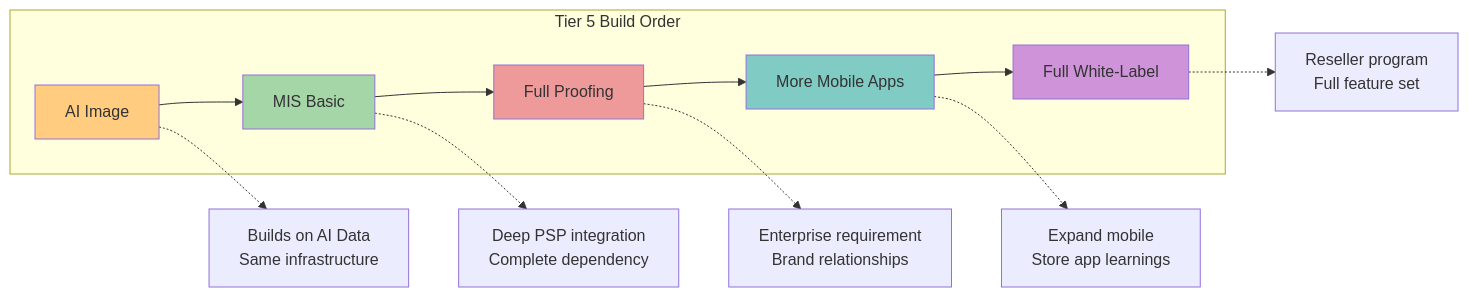
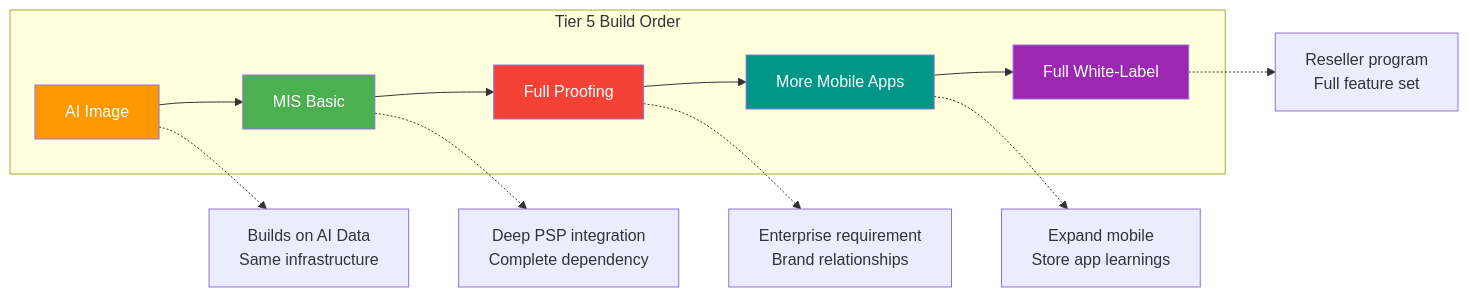
Before and after one commit to VisualGraphxLLC/NewPOPSys: the fifth of 7 diagrams in Post_v1/DEVELOPMENT_PRIORITY.md, drawn with Mermaid. The commit also changed other lines of this file and 1 other file, not shown here.

First line of the commit message:
Fix Mermaid chart colors for dark mode compatibility

````diff
--- a/Post_v1/DEVELOPMENT_PRIORITY.md
+++ b/Post_v1/DEVELOPMENT_PRIORITY.md
@@ -201,21 +201,21 @@
 ```mermaid
 flowchart LR
     subgraph Tier5[Tier 5 Build Order]
         AII[AI Image] --> MIS[MIS Basic]
         MIS --> FP[Full Proofing]
         FP --> Apps[More Mobile Apps]
         Apps --> FWL[Full White-Label]
     end
 
     AII -.-> N1[Builds on AI Data\nSame infrastructure]
     MIS -.-> N2[Deep PSP integration\nComplete dependency]
     FP -.-> N3[Enterprise requirement\nBrand relationships]
     Apps -.-> N4[Expand mobile\nStore app learnings]
     FWL -.-> N5[Reseller program\nFull feature set]
 
-    style AII fill:#ffcc80
-    style MIS fill:#a5d6a7
-    style FP fill:#ef9a9a
-    style Apps fill:#80cbc4
-    style FWL fill:#ce93d8
+    style AII fill:#ff9800,color:#fff
+    style MIS fill:#4caf50,color:#fff
+    style FP fill:#f44336,color:#fff
+    style Apps fill:#009688,color:#fff
+    style FWL fill:#9c27b0,color:#fff
 ```
````
